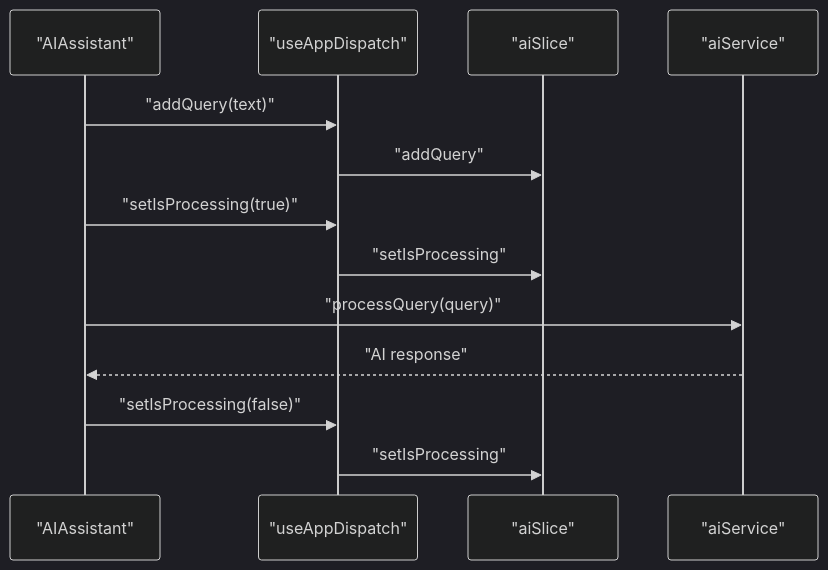
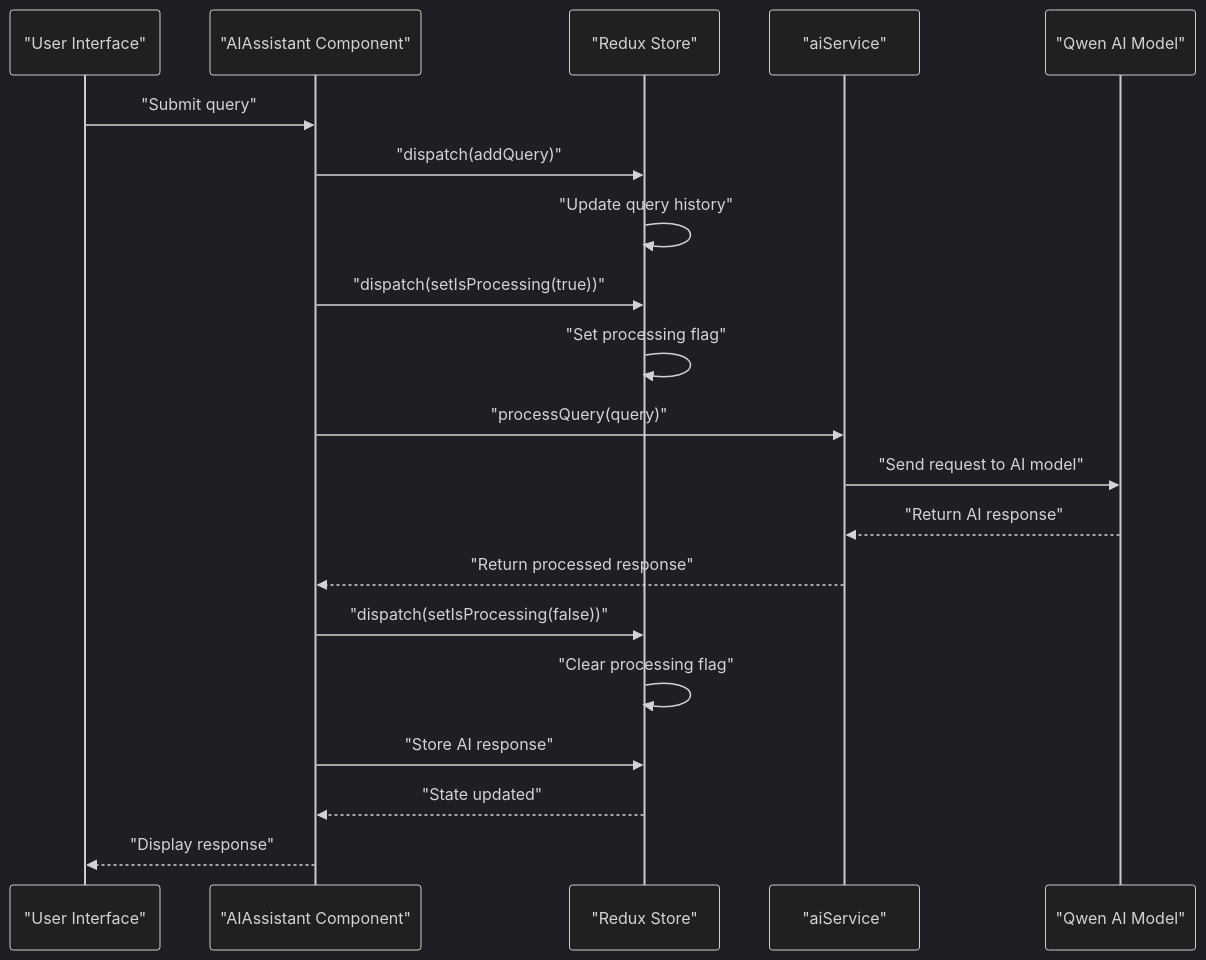
One commit to cacamarica/dashboard-ai changed the fifth of 8 diagrams in .qoder/repowiki/en/content/State Management.md. Above: the diagram before and after it, drawn with Mermaid (dark theme). The commit also changed other lines of this file and 14 other files, not shown here.

````diff
--- a/.qoder/repowiki/en/content/State Management.md
+++ b/.qoder/repowiki/en/content/State Management.md
@@ -228,15 +306,22 @@
 ```mermaid
 sequenceDiagram
-participant UI as "AIAssistant"
-participant Dispatch as "useAppDispatch"
-participant Slice as "aiSlice"
-participant Service as "aiService"
-UI->>Dispatch : "addQuery(text)"
-Dispatch->>Slice : "addQuery"
-UI->>Dispatch : "setIsProcessing(true)"
-Dispatch->>Slice : "setIsProcessing"
-UI->>Service : "processQuery(query)"
-Service-->>UI : "AI response"
-UI->>Dispatch : "setIsProcessing(false)"
-Dispatch->>Slice : "setIsProcessing"
+participant User as "User Interface"
+participant AIAssistant as "AIAssistant Component"
+participant Redux as "Redux Store"
+participant AIService as "aiService"
+participant Model as "Qwen AI Model"
+User->>AIAssistant : "Submit query"
+AIAssistant->>Redux : "dispatch(addQuery)"
+Redux->>Redux : "Update query history"
+AIAssistant->>Redux : "dispatch(setIsProcessing(true))"
+Redux->>Redux : "Set processing flag"
+AIAssistant->>AIService : "processQuery(query)"
+AIService->>Model : "Send request to AI model"
+Model-->>AIService : "Return AI response"
+AIService-->>AIAssistant : "Return processed response"
+AIAssistant->>Redux : "dispatch(setIsProcessing(false))"
+Redux->>Redux : "Clear processing flag"
+AIAssistant->>Redux : "Store AI response"
+Redux-->>AIAssistant : "State updated"
+AIAssistant-->>User : "Display response"
 ```
````
